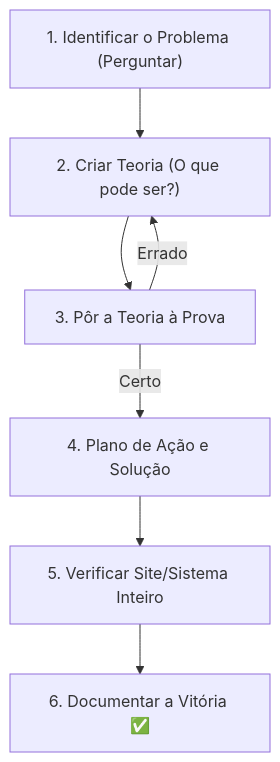
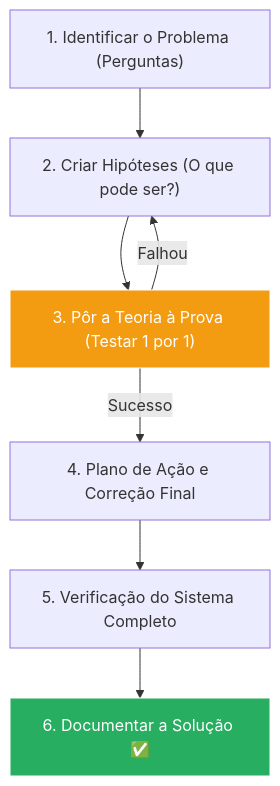
Before and after one commit to Mushyc/WIKI_MATHEUS_TI: the diagram in guias/Guia_Troubleshooting_Profissional.md, drawn with Mermaid. The commit also changed other lines of this file and 18 other files, not shown here.

````diff
--- a/guias/Guia_Troubleshooting_Profissional.md
+++ b/guias/Guia_Troubleshooting_Profissional.md
@@ -13,9 +13,12 @@
 ```mermaid
 graph TD
-    Identify["1. Identificar o Problema (Perguntar)"] --> Theory["2. Criar Teoria (O que pode ser?)"]
-    Theory --> Test["3. Pôr a Teoria à Prova"]
-    Test -- Certo --> Plan["4. Plano de Ação e Solução"]
-    Test -- Errado --> Theory
-    Plan --> Verify["5. Verificar Site/Sistema Inteiro"]
-    Verify --> Doc["6. Documentar a Vitória ✅"]
+    Identify["1. Identificar o Problema (Perguntas)"] --> Theory["2. Criar Hipóteses (O que pode ser?)"]
+    Theory --> Test["3. Pôr a Teoria à Prova (Testar 1 por 1)"]
+    Test -- Falhou --> Theory
+    Test -- Sucesso --> Plan["4. Plano de Ação e Correção Final"]
+    Plan --> Verify["5. Verificação do Sistema Completo"]
+    Verify --> Doc["6. Documentar a Solução ✅"]
+    
+    style Test fill:#f39c12,stroke:#fff,color:#fff
+    style Doc fill:#27ae60,stroke:#fff,color:#fff
 ```
````
